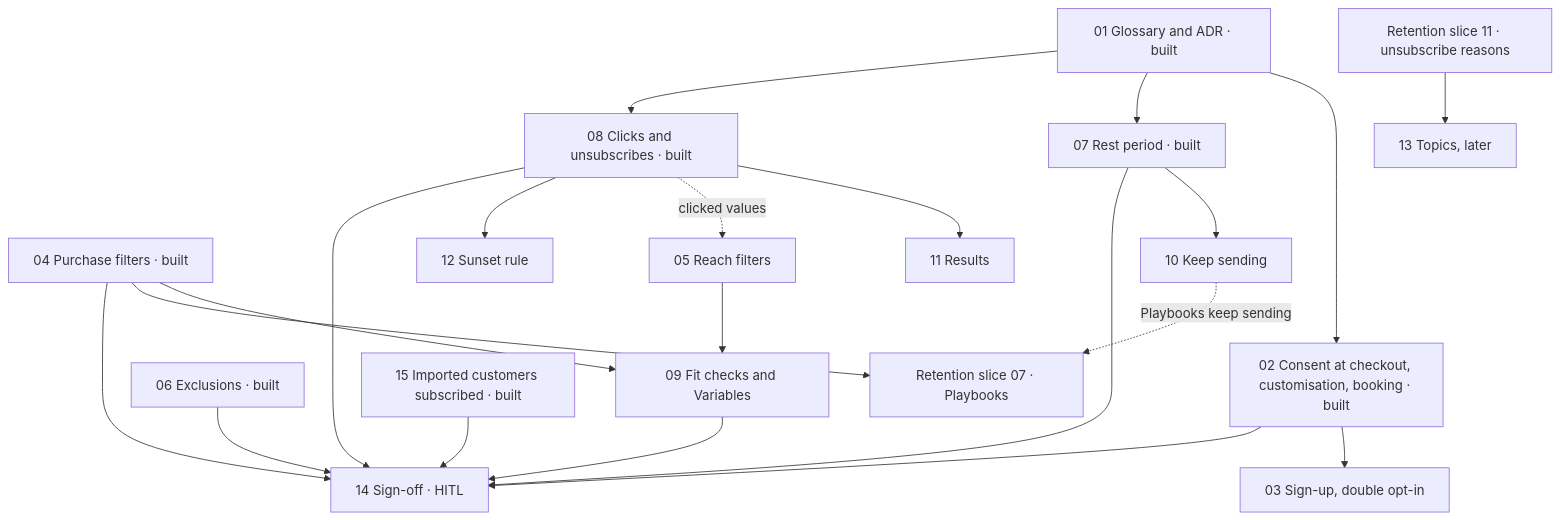
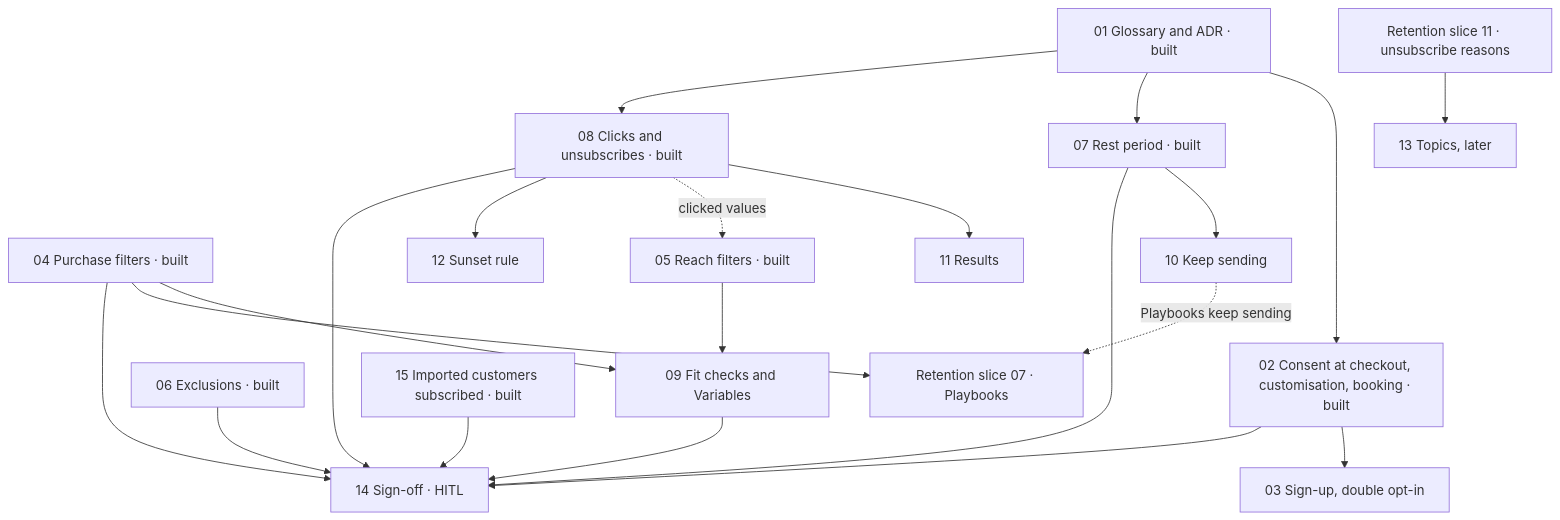
Before and after one commit to ivanyeors/mp: the diagram in .claude/PRD-campaign-audiences/issues/README.md, drawn with Mermaid. The commit also changed other lines of this file and 31 other files, not shown here.

First line of the commit message:
Reach filters: ships to, language, points expiry, campaign history, last emailed

````diff
--- a/.claude/PRD-campaign-audiences/issues/README.md
+++ b/.claude/PRD-campaign-audiences/issues/README.md
@@ -34,39 +34,39 @@
 ```mermaid
 graph TD
   s01[01 Glossary and ADR · built]
   s02[02 Consent at checkout, customisation, booking · built]
   s03[03 Sign-up, double opt-in]
   s04[04 Purchase filters · built]
-  s05[05 Reach filters]
+  s05[05 Reach filters · built]
   s06[06 Exclusions · built]
   s07[07 Rest period · built]
   s08[08 Clicks and unsubscribes · built]
   s09[09 Fit checks and Variables]
   s10[10 Keep sending]
   s11[11 Results]
   s12[12 Sunset rule]
   s13[13 Topics, later]
   s14[14 Sign-off · HITL]
   s15[15 Imported customers subscribed · built]
   r07[Retention slice 07 · Playbooks]
   r11[Retention slice 11 · unsubscribe reasons]
 
   s15 --> s14
   s01 --> s02 --> s03
   s01 --> s07 --> s10
   s01 --> s08
   s08 --> s11
   s08 -. clicked values .-> s05
   s08 --> s12
   s04 --> s09
   s05 --> s09
   s04 --> r07
   s10 -. Playbooks keep sending .-> r07
   r11 --> s13
   s02 --> s14
   s04 --> s14
   s06 --> s14
   s07 --> s14
   s08 --> s14
   s09 --> s14
 ```
````
